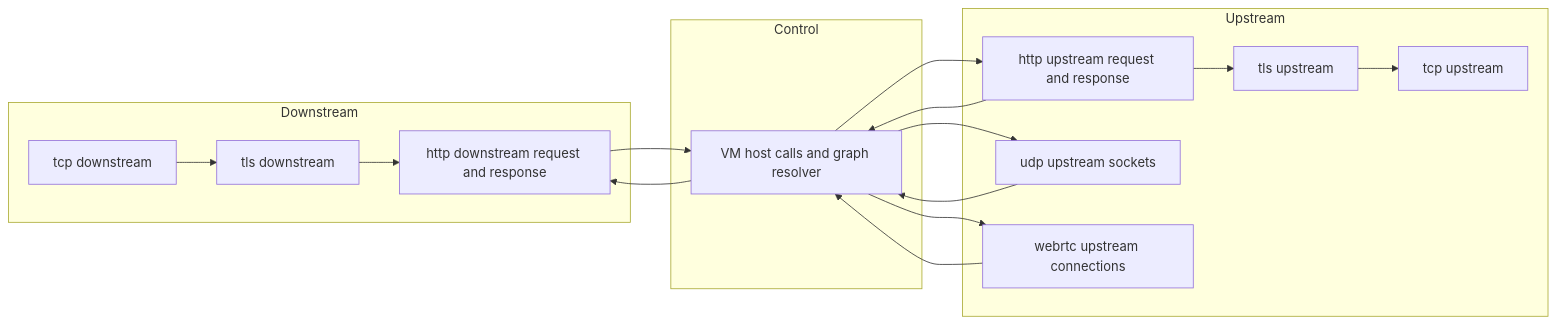
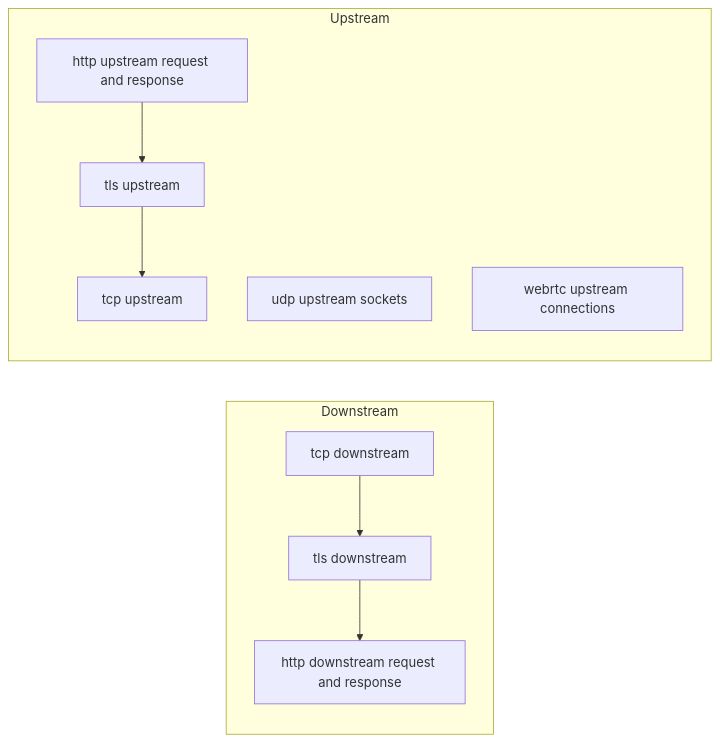
Before and after one commit to rustscript-lang/rustscript: the seventh of 7 diagrams in pd-edge/README.md, drawn with Mermaid. The commit also changed other lines of this file and 24 other files, not shown here.

````diff
--- a/pd-edge/README.md
+++ b/pd-edge/README.md
@@ -701,31 +718,18 @@
 ```mermaid
 flowchart LR
     subgraph Downstream["Downstream"]
         D1["tcp downstream"]
         D2["tls downstream"]
         D3["http downstream request and response"]
         D1 --> D2 --> D3
-    end
-
-    subgraph Control["Control"]
-        V["VM host calls and graph resolver"]
     end
 
     subgraph Upstream["Upstream"]
         U3["http upstream request and response"]
         U2["tls upstream"]
         U1["tcp upstream"]
         UU["udp upstream sockets"]
         UW["webrtc upstream connections"]
         U3 --> U2 --> U1
     end
-
-    D3 --> V
-    V --> U3
-    U3 --> V
-    V --> UU
-    UU --> V
-    V --> UW
-    UW --> V
-    V --> D3
 ```
````
